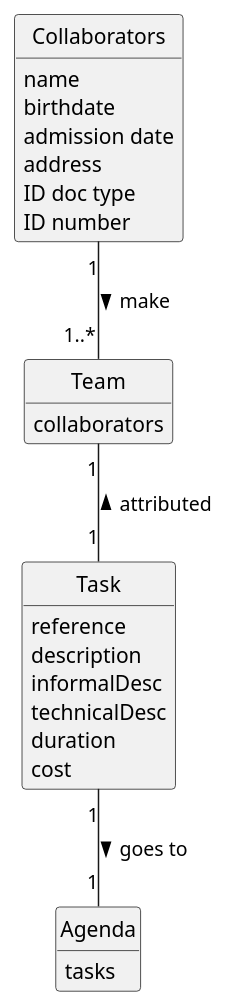
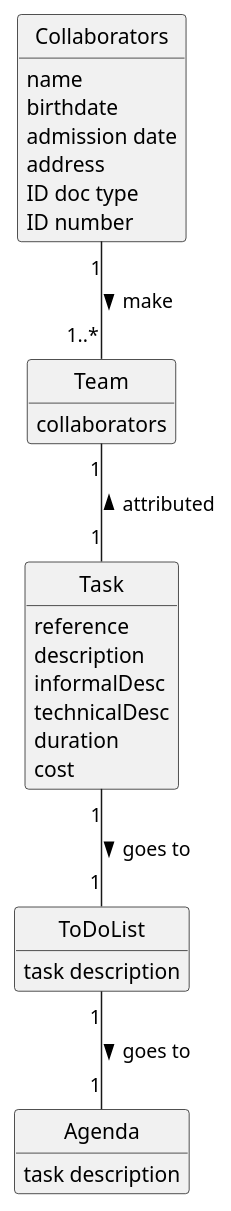
Before and after one commit to Departamento-de-Engenharia-Informatica/lei-24-s2-1df-1de-g063: the diagram in docs/SprintC/us28/02.analysis/puml/us028-domain-model.puml, drawn with PlantUML. The commit also changed 3 other files, not shown here.

```diff
--- a/docs/SprintC/us28/02.analysis/puml/us028-domain-model.puml
+++ b/docs/SprintC/us28/02.analysis/puml/us028-domain-model.puml
@@ -1,45 +1,50 @@
 @startuml
 skinparam monochrome true
 skinparam packageStyle rectangle
 skinparam shadowing false
 skinparam monochrome true
 skinparam packageStyle rectangle
 skinparam shadowing false
 'skinparam linetype ortho
 'left to right direction
 skinparam classAttributeIconSize 0
 hide circle
 hide methods
 
 
 class Team{
     collaborators
 }
 
 class Task {
     reference
     description
     informalDesc
     technicalDesc
     duration
     cost
 }
 
 class Collaborators {
     name
     birthdate
     admission date
     address
     contact info (mobile and email)
     ID doc type
     ID number
 }
 
-class Agenda{
-    tasks
+class ToDoList{
+    task description
 }
 
-Task "1" -- "1" Agenda : goes to >
+class Agenda{
+    task description
+}
+
+Task "1" -- "1" ToDoList : goes to >
 Team "1" -- "1" Task : attributed <
 Collaborators "1" -- "1..*" Team : make >
+ToDoList "1" -- "1" Agenda : goes to >
 @enduml
```
